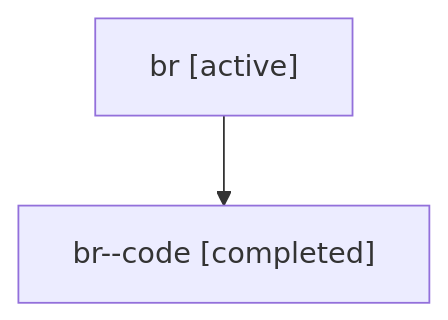
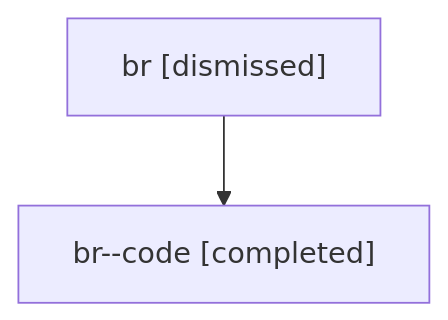
Before and after one commit to sase-org/sase--agents: the diagram in sessions/bbugyi200.athena.br.md, drawn with Mermaid. The commit also changed other lines of this file and 10 other files, not shown here.

````diff
--- a/sessions/bbugyi200.athena.br.md
+++ b/sessions/bbugyi200.athena.br.md
@@ -9,6 +9,6 @@
 ```mermaid
 flowchart TD
-  n0["br [active]"]
+  n0["br [dismissed]"]
   n1["br--code [completed]"]
   n0 --> n1
 ```
````
